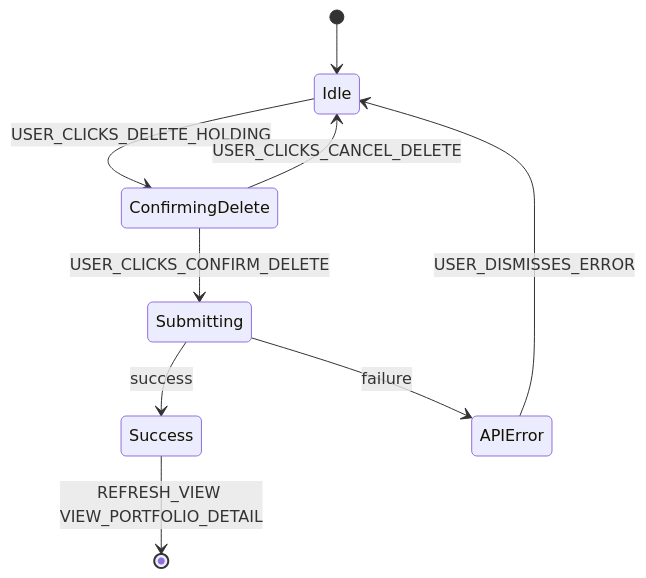
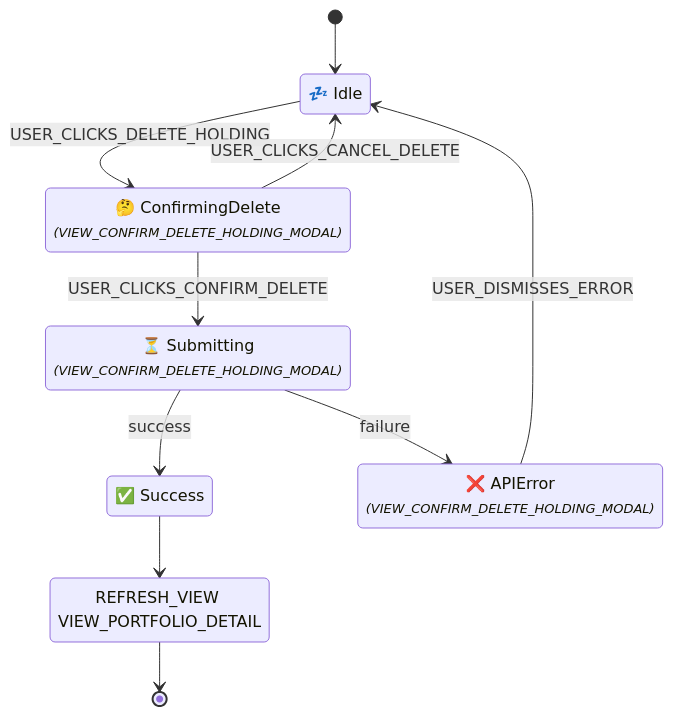
Diagram 16 of 21 in docs/ui_flow_diagrams.md (enzhao/Sentinel), drawn with Mermaid before and after one commit. The commit also changed other lines of this file and 6 other files, not shown here.

````diff
--- a/docs/ui_flow_diagrams.md
+++ b/docs/ui_flow_diagrams.md
@@ -239,12 +475,18 @@
 ```mermaid
 stateDiagram-v2
-    state "Idle" as Idle
     [*] --> Idle
+    state "💤 Idle" as Idle
     Idle --> ConfirmingDelete : USER_CLICKS_DELETE_HOLDING
+    state "🤔 ConfirmingDelete<br/><font size="2"><i>(VIEW_CONFIRM_DELETE_HOLDING_MODAL)</i></font>" as ConfirmingDelete
     ConfirmingDelete --> Submitting : USER_CLICKS_CONFIRM_DELETE
     ConfirmingDelete --> Idle : USER_CLICKS_CANCEL_DELETE
+    state "⏳ Submitting<br/><font size="2"><i>(VIEW_CONFIRM_DELETE_HOLDING_MODAL)</i></font>" as Submitting
     Submitting --> Success : success
     Submitting --> APIError : failure
-    Success --> [*] : REFRESH_VIEW VIEW_PORTFOLIO_DETAIL
+    state "✅ Success" as Success
+    state "REFRESH_VIEW VIEW_PORTFOLIO_DETAIL" as Success_exit_action
+    Success --> Success_exit_action
+    Success_exit_action --> [*]
+    state "❌ APIError<br/><font size="2"><i>(VIEW_CONFIRM_DELETE_HOLDING_MODAL)</i></font>" as APIError
     APIError --> Idle : USER_DISMISSES_ERROR
 ```
````
